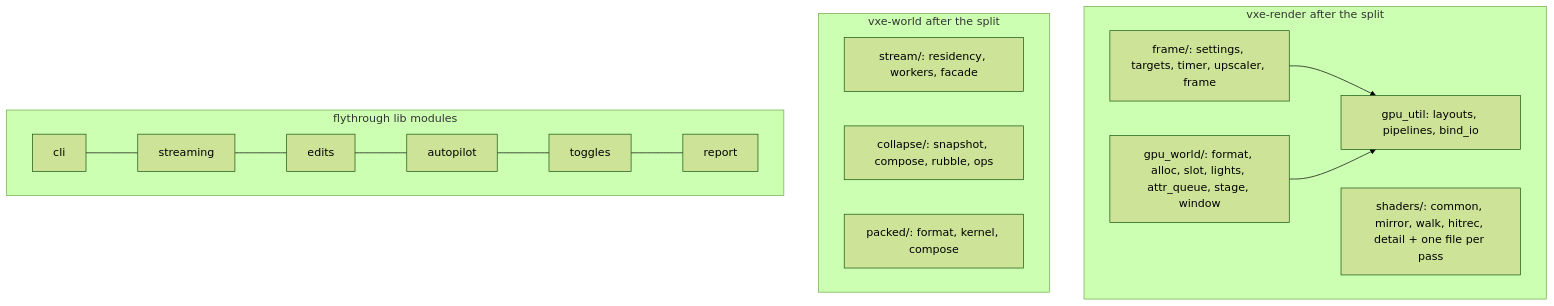
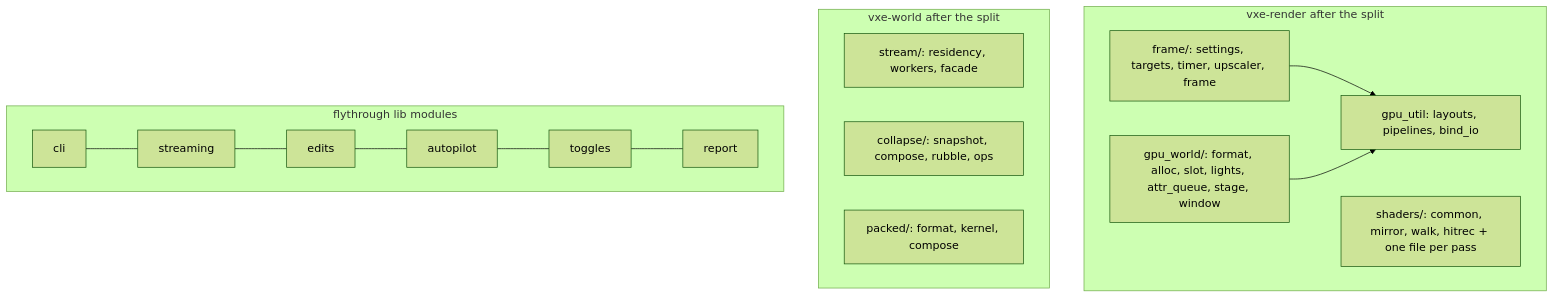
Before and after one commit to IgorKonovalov/voxel-engine: the diagram in docs/plans/0045-structure-pass-split-the-mega-files-share-the-fixtures.md, drawn with Mermaid (forest theme). The commit also changed other lines of this file and 1 other file, not shown here.

````diff
--- a/docs/plans/0045-structure-pass-split-the-mega-files-share-the-fixtures.md
+++ b/docs/plans/0045-structure-pass-split-the-mega-files-share-the-fixtures.md
@@ -147,19 +157,19 @@
 ```mermaid
 flowchart TB
     subgraph render[vxe-render after the split]
         GW[gpu_world/: format, alloc, slot, lights, attr_queue, stage, window]
         MR[frame/: settings, targets, timer, upscaler, frame]
         GU[gpu_util: layouts, pipelines, bind_io]
-        SH[shaders/: common, mirror, walk, hitrec, detail + one file per pass]
+        SH[shaders/: common, mirror, walk, hitrec + one file per pass]
     end
     subgraph world[vxe-world after the split]
         ST[stream/: residency, workers, facade]
         CO[collapse/: snapshot, compose, rubble, ops]
         PK[packed/: format, kernel, compose]
     end
     subgraph fly[flythrough lib modules]
         CLI[cli] --- STR[streaming] --- ED[edits] --- AP[autopilot] --- TG[toggles] --- RP[report]
     end
     MR --> GU
     GW --> GU
 ```
````
